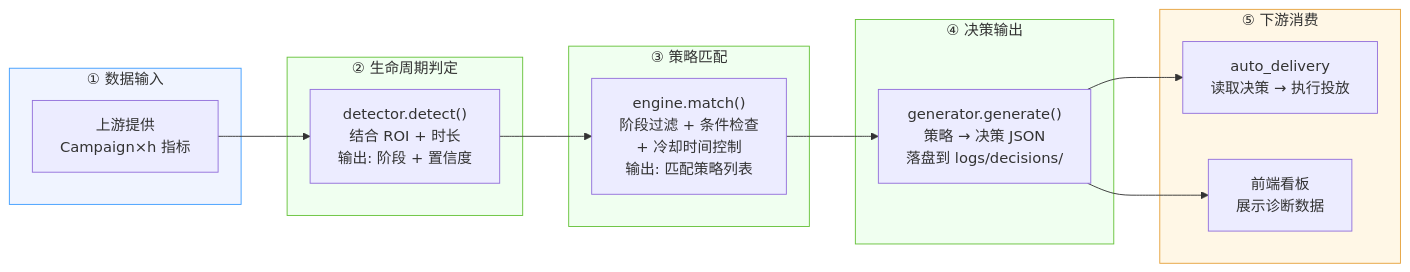
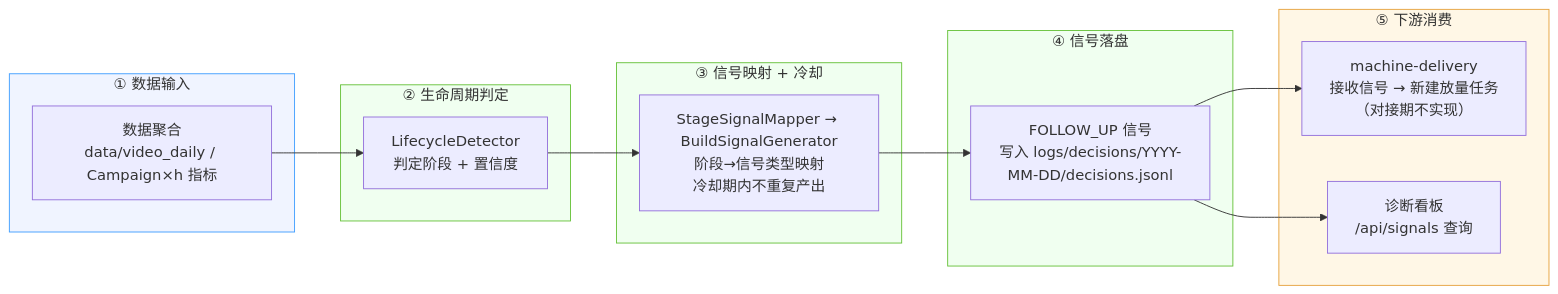
Before and after one commit to gar-su/smart_ad_put: the second of 3 diagrams in docs/architecture.md, drawn with Mermaid. The commit also changed other lines of this file and 1 other file, not shown here.

Commit message:
docs: PRD 补入 §5.1 领域模型（在线原型 + v4.0 信号架构图），docs/architecture.md 同步重绘

````diff
--- a/docs/architecture.md
+++ b/docs/architecture.md
@@ -66,37 +70,37 @@
 ```mermaid
 graph LR
-    %% ===== 决策链路（时序） =====
+    %% ===== 信号链路（时序） =====
 
     subgraph phase1["① 数据输入"]
-        data["上游提供<br/>Campaign×h 指标"]
+        data["数据聚合<br/>data/video_daily / Campaign×h 指标"]
     end
 
     subgraph phase2["② 生命周期判定"]
-        detect_step["detector.detect()<br/>结合 ROI + 时长<br/>输出: 阶段 + 置信度"]
+        detect_step["LifecycleDetector<br/>判定阶段 + 置信度"]
     end
 
-    subgraph phase3["③ 策略匹配"]
-        match_step["engine.match()<br/>阶段过滤 + 条件检查<br/>+ 冷却时间控制<br/>输出: 匹配策略列表"]
+    subgraph phase3["③ 信号映射 + 冷却"]
+        map_step["StageSignalMapper → BuildSignalGenerator<br/>阶段→信号类型映射<br/>冷却期内不重复产出"]
     end
 
-    subgraph phase4["④ 决策输出"]
-        decide_step["generator.generate()<br/>策略 → 决策 JSON<br/>落盘到 logs/decisions/"]
+    subgraph phase4["④ 信号落盘"]
+        decide_step["FOLLOW_UP 信号<br/>写入 logs/decisions/YYYY-MM-DD/decisions.jsonl"]
     end
 
     subgraph phase5["⑤ 下游消费"]
-        ad["auto_delivery<br/>读取决策 → 执行投放"]
-        ui["前端看板<br/>展示诊断数据"]
+        machine["machine-delivery<br/>接收信号 → 新建放量任务<br/>（对接期不实现）"]
+        ui["诊断看板<br/>/api/signals 查询"]
     end
 
     data --> detect_step
-    detect_step --> match_step
-    match_step --> decide_step
-    decide_step --> ad
+    detect_step --> map_step
+    map_step --> decide_step
+    decide_step --> machine
     decide_step --> ui
 
     style phase1 fill:#f0f4ff,stroke:#409eff
     style phase2 fill:#f0fff0,stroke:#67c23a
     style phase3 fill:#f0fff0,stroke:#67c23a
     style phase4 fill:#f0fff0,stroke:#67c23a
     style phase5 fill:#fff7e6,stroke:#e6a23c
 ```
````
